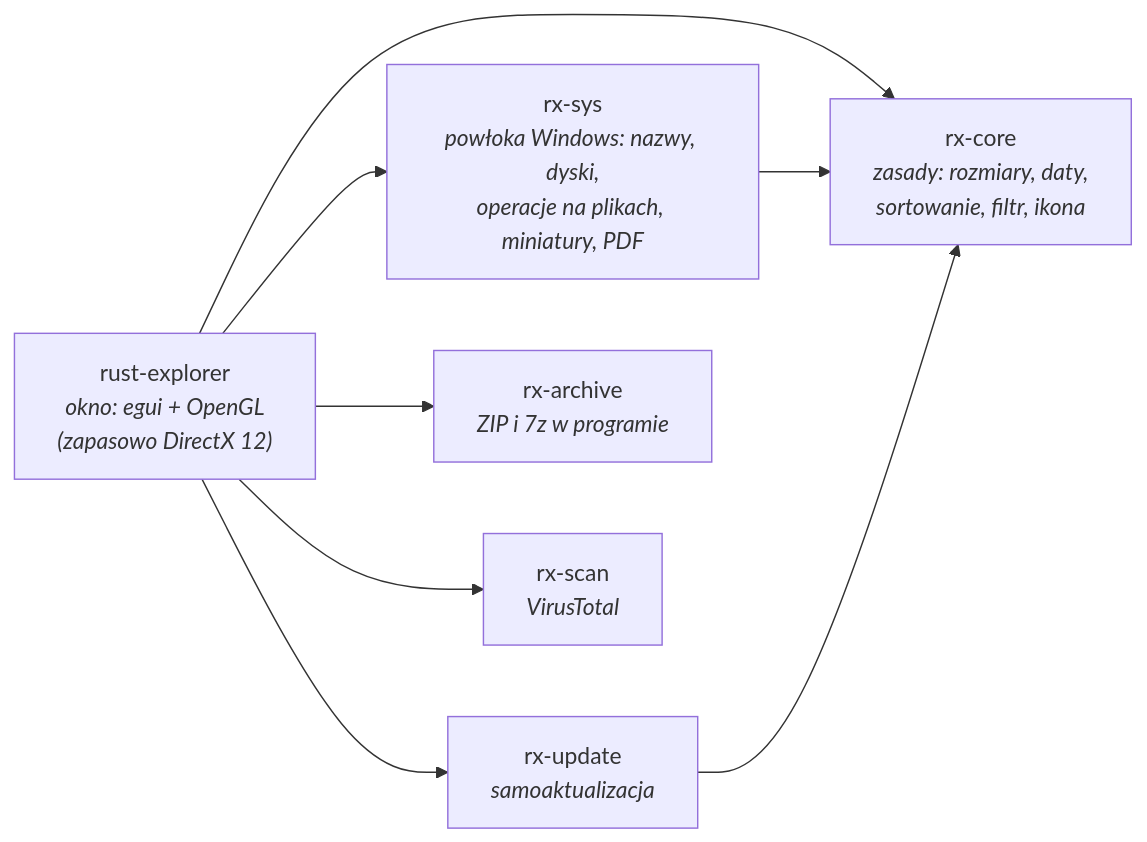
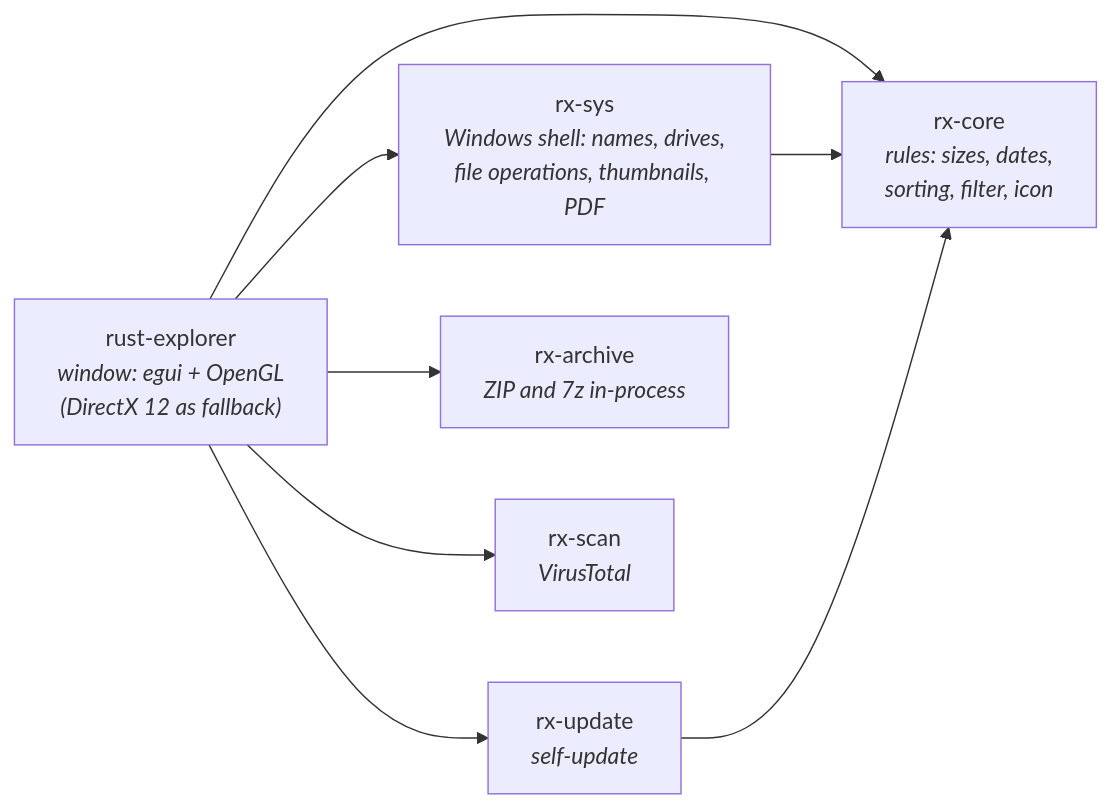
One commit to jarx-dev/RustExplorer changed the diagram in README.md. Above: the diagram before and after it, drawn with Mermaid. The commit also changed other lines of this file and 1 other file, not shown here.

````diff
--- a/README.md
+++ b/README.md
@@ -142,16 +149,16 @@
 ```mermaid
 flowchart LR
-    app["rust-explorer<br/><i>okno: egui + OpenGL<br/>(zapasowo DirectX 12)</i>"]
-    core["rx-core<br/><i>zasady: rozmiary, daty,<br/>sortowanie, filtr, ikona</i>"]
-    sys["rx-sys<br/><i>powłoka Windows: nazwy, dyski,<br/>operacje na plikach, miniatury, PDF</i>"]
-    upd["rx-update<br/><i>samoaktualizacja</i>"]
-    arc["rx-archive<br/><i>ZIP i 7z w programie</i>"]
+    app["rust-explorer<br/><i>window: egui + OpenGL<br/>(DirectX 12 as fallback)</i>"]
+    core["rx-core<br/><i>rules: sizes, dates,<br/>sorting, filter, icon</i>"]
+    sys["rx-sys<br/><i>Windows shell: names, drives,<br/>file operations, thumbnails, PDF</i>"]
+    upd["rx-update<br/><i>self-update</i>"]
+    arc["rx-archive<br/><i>ZIP and 7z in-process</i>"]
     scan["rx-scan<br/><i>VirusTotal</i>"]
     app --> core
     app --> sys
     app --> upd
     app --> arc
     app --> scan
     sys --> core
     upd --> core
 ```
````
